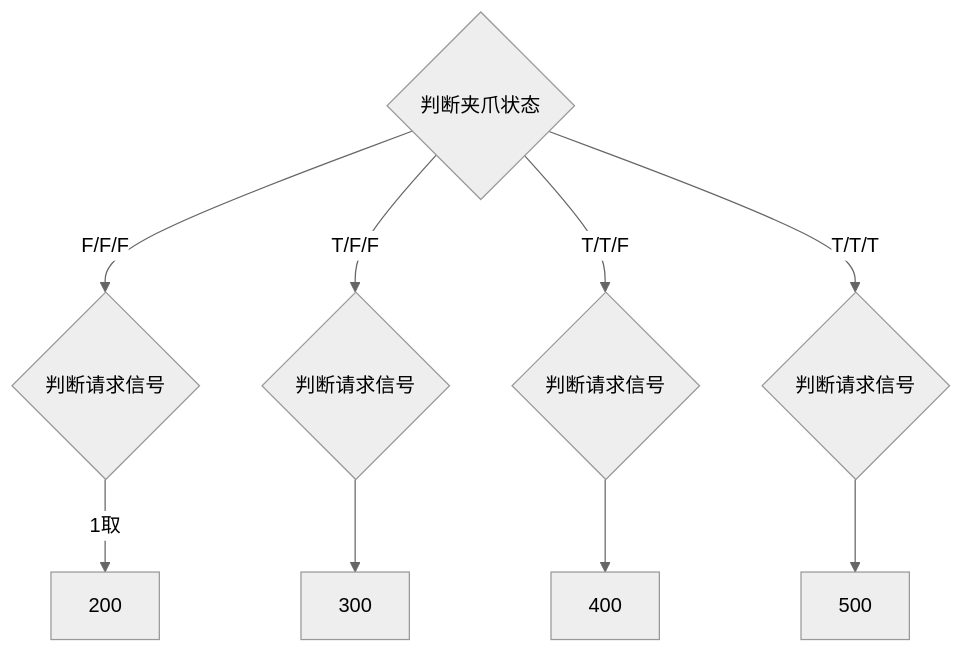
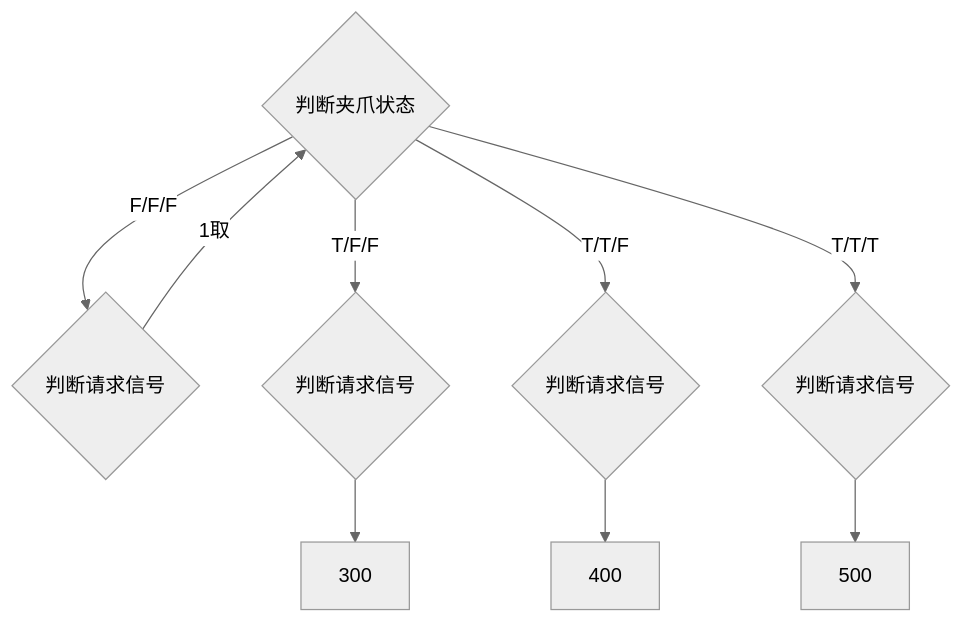
Before and after one commit to zmq000/iodraw-files: the diagram in all/未命名.md, drawn with Mermaid (neutral theme).

Commit message:
2026-06-18 11:52:05 update

````diff
--- a/all/未命名.md
+++ b/all/未命名.md
@@ -1,12 +1,13 @@
 ```mermaid
 graph TD
 10{判断夹爪状态}-->|F/F/F|20
 10-->|T/F/F|30
 10-->|T/T/F|40
 10-->|T/T/T|50
 
-20{判断请求信号}-->|1取|200
+20{判断请求信号}-->|1取|10
 30{判断请求信号}-->300
+
 40{判断请求信号}-->400
 50{判断请求信号}-->500
 ```
````
